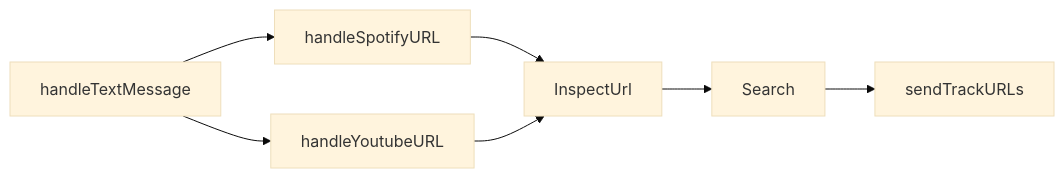
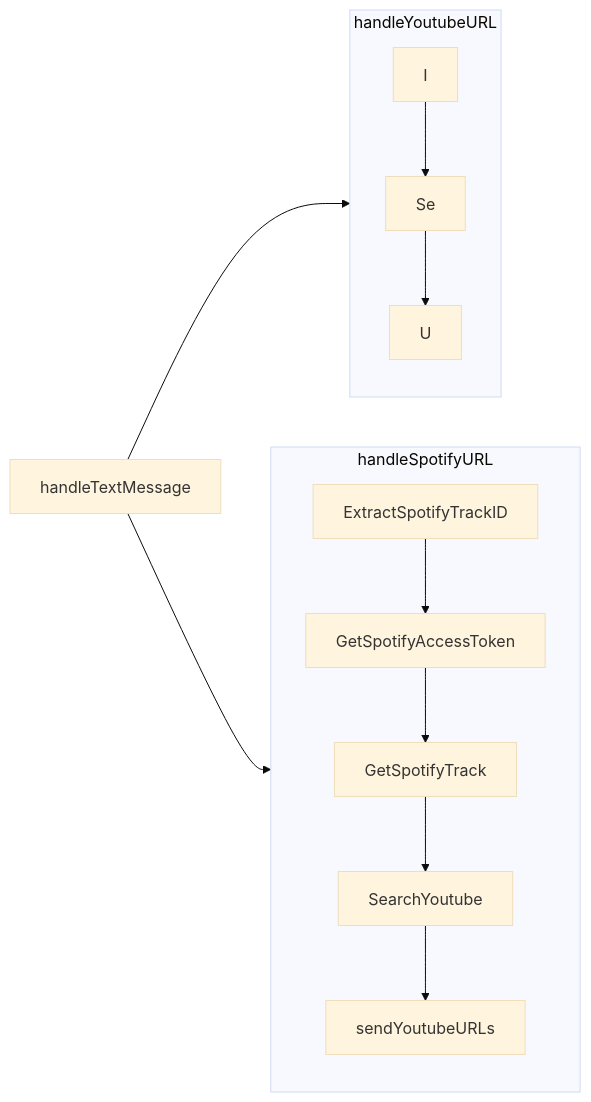
The diagram in docs/spotifytube.md (100nandoo/gobot), drawn with Mermaid (base theme) before and after one commit. The commit also changed 9 other files, not shown here.

Commit message:
refactor(Spotifytube): handle spotify url using official spotify and youtube api

````diff
--- a/docs/spotifytube.md
+++ b/docs/spotifytube.md
@@ -3,17 +3,26 @@
 ```mermaid
 graph LR
     A --> S
-    A --> Y
+    A --> Sp
+    I --> Se
+    Se --> U
+    subgraph S[handleYoutubeURL]
+        I
+        Se
+        U
+    end
 
-    S --> I
-    Y --> I
-    I --> Se[Search]
-    Se --> U
+    subgraph Sp[handleSpotifyURL]
+        E --> G
+        G --> T
+        T --> SY
+        SY --> Su
+    end
 
     A[handleTextMessage]
-    S[handleSpotifyURL]
-    Y[handleYoutubeURL]
-    I[InspectUrl]
-    Se[Search]
-    U[sendTrackURLs]
+    E[ExtractSpotifyTrackID]
+    G[GetSpotifyAccessToken]
+    T[GetSpotifyTrack]
+    SY[SearchYoutube]
+    Su[sendYoutubeURLs]
 ```
````
